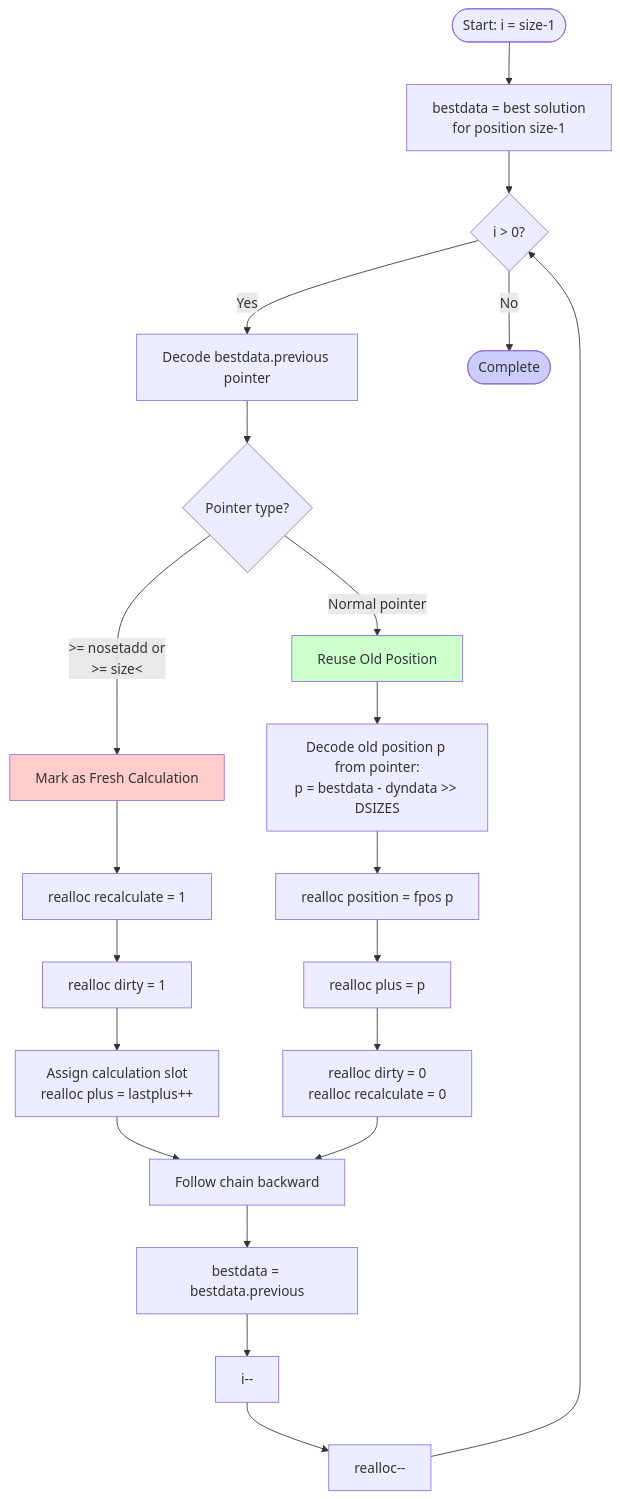
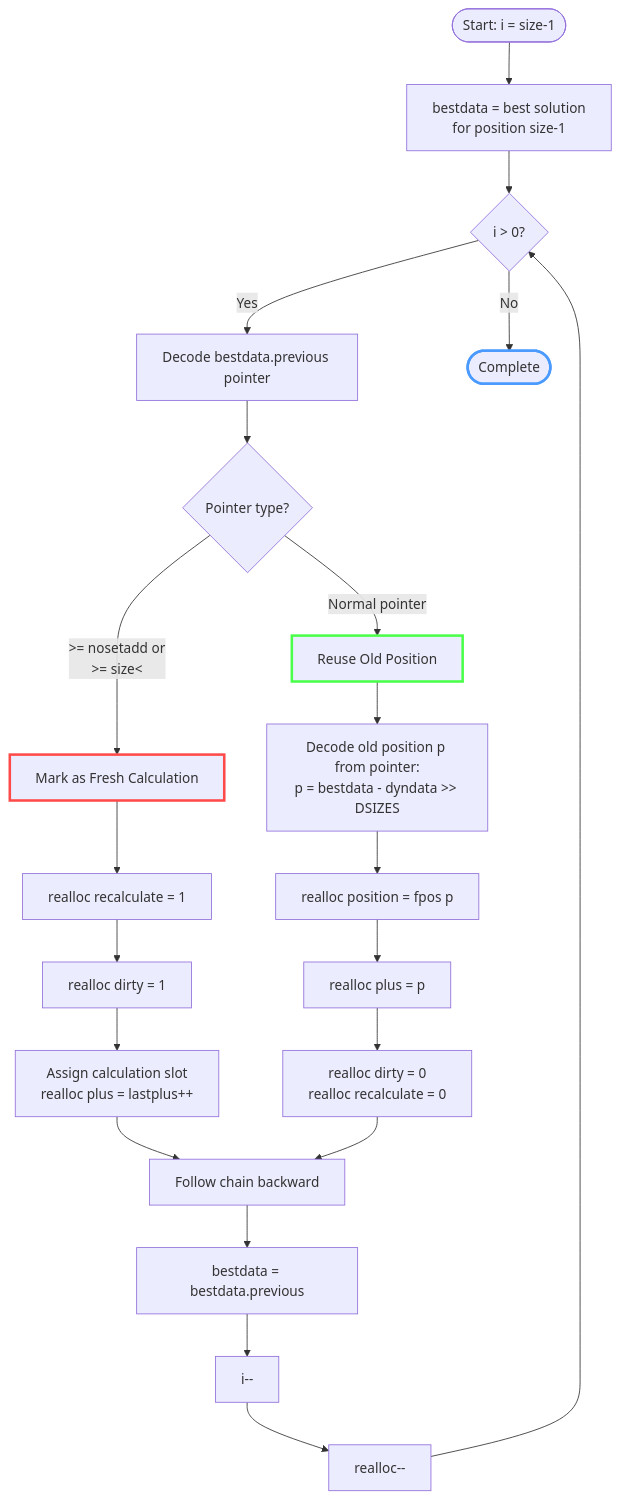
Before and after one commit to xaos-project/XaoS: the fifth of 7 diagrams in src/engine/zoomviz.md, drawn with Mermaid. The commit also changed other lines of this file, not shown here.

````diff
--- a/src/engine/zoomviz.md
+++ b/src/engine/zoomviz.md
@@ -155,33 +142,33 @@
 ```mermaid
 flowchart TD
     Start([Start: i = size-1]) --> GetBest[bestdata = best solution<br/>for position size-1]
 
     GetBest --> Loop{i > 0?}
     Loop -->|Yes| Decode[Decode bestdata.previous pointer]
     Loop -->|No| Done([Complete])
 
     Decode --> Check{Pointer type?}
 
     Check -->|>= nosetadd or<br/>>= size<<DSIZES| Fresh
     Check -->|Normal pointer| Reuse
 
     Fresh[Mark as Fresh Calculation] --> F1[realloc recalculate = 1]
     F1 --> F2[realloc dirty = 1]
     F2 --> F3[Assign calculation slot<br/>realloc plus = lastplus++]
     F3 --> Next
 
     Reuse[Reuse Old Position] --> R1[Decode old position p from pointer:<br/>p = bestdata - dyndata >> DSIZES]
     R1 --> R2[realloc position = fpos p]
     R2 --> R3[realloc plus = p]
     R3 --> R4[realloc dirty = 0<br/>realloc recalculate = 0]
     R4 --> Next
 
     Next[Follow chain backward] --> N1[bestdata = bestdata.previous]
     N1 --> N2[i--]
     N2 --> N3[realloc--]
     N3 --> Loop
 
-    style Fresh fill:#ffcccc
-    style Reuse fill:#ccffcc
-    style Done fill:#ccccff
+    style Fresh stroke:#ff4a4a,stroke-width:3px
+    style Reuse stroke:#4aff4a,stroke-width:3px
+    style Done stroke:#4a9aff,stroke-width:3px
 ```
````
